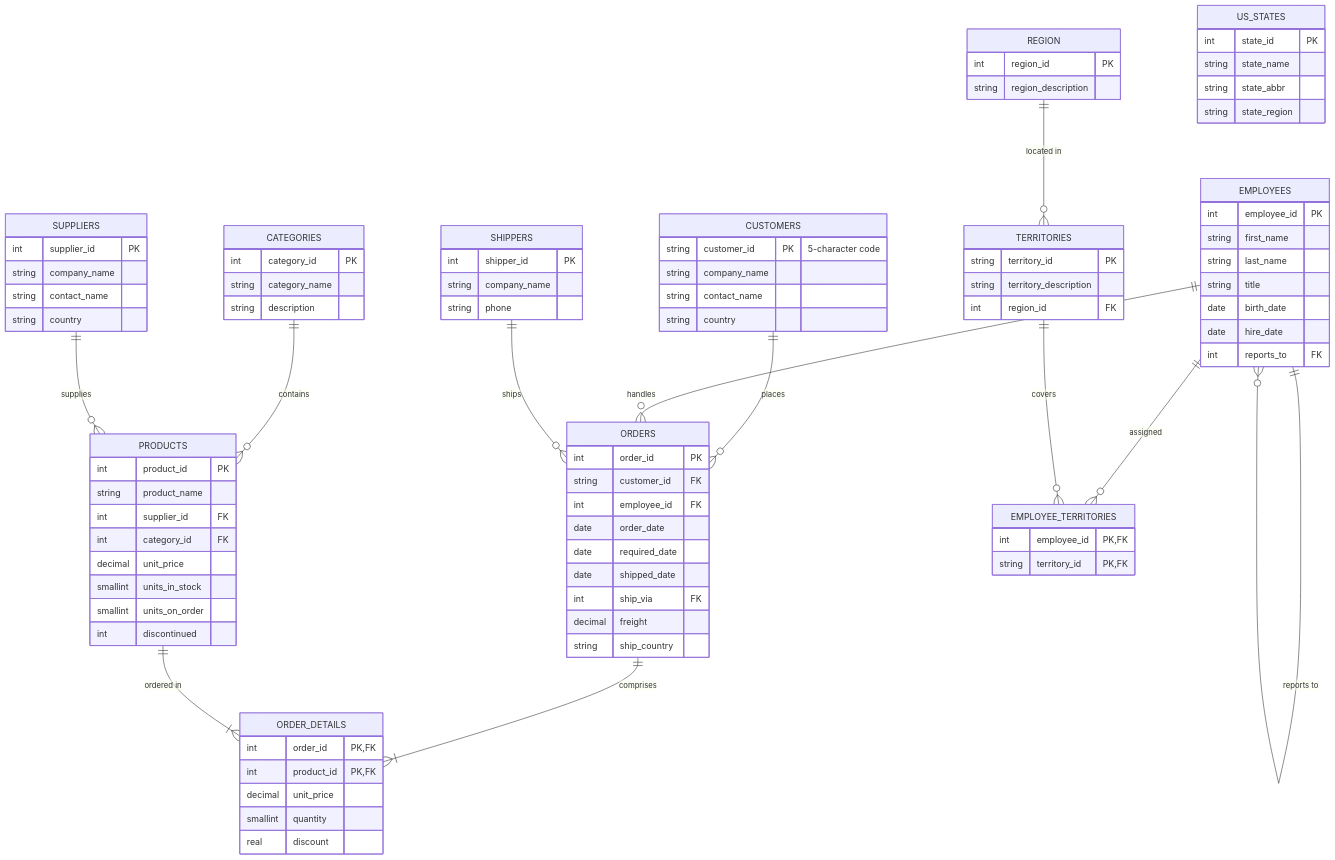
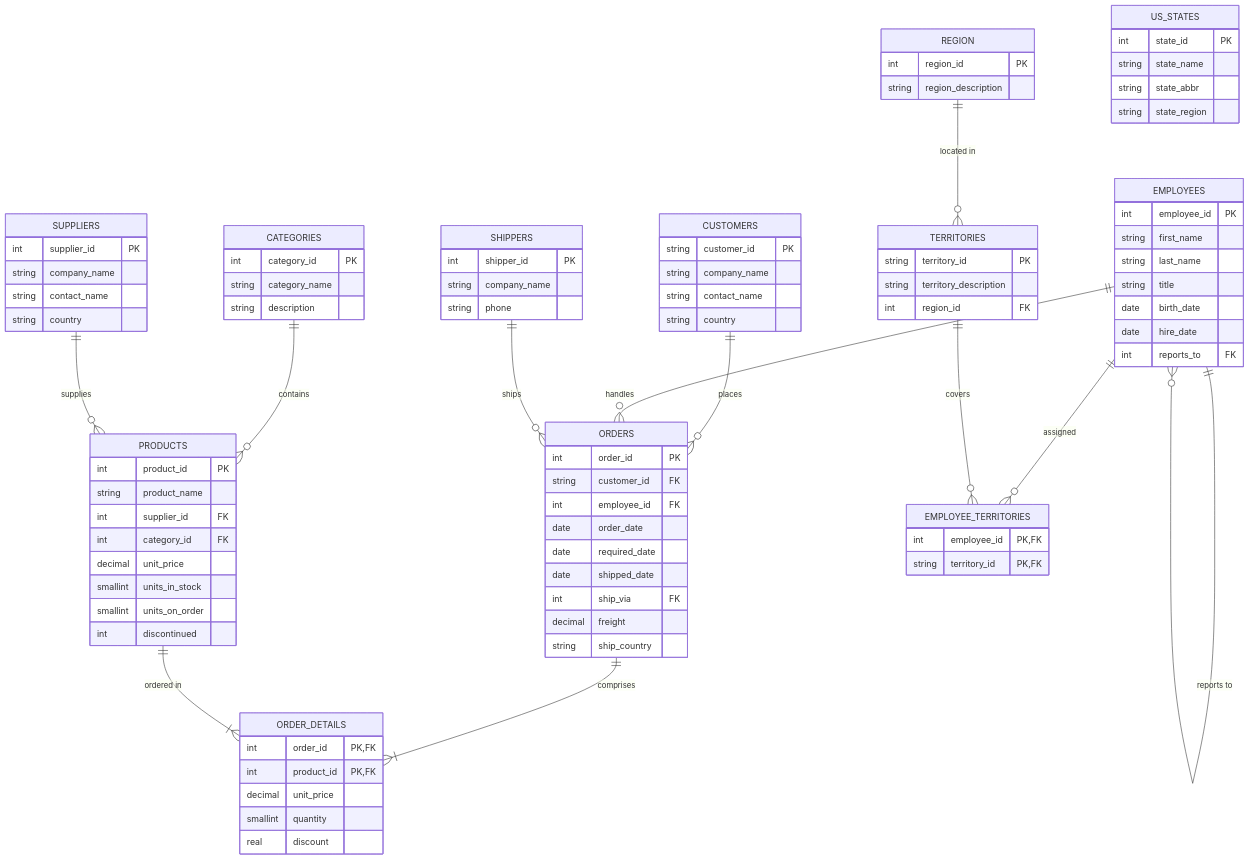
The second of 2 diagrams in README.md (Anirudha481/AskData), drawn with Mermaid before and after one commit. The commit also changed other lines of this file, not shown here.

Commit message:
fix(docs): fix Mermaid diagram syntax in README.md

```diff
--- a/README.md
+++ b/README.md
@@ -111,7 +111,7 @@
     }
 
     CUSTOMERS {
-        string customer_id PK "5-character code"
+        string customer_id PK
         string company_name
         string contact_name
         string country
```
